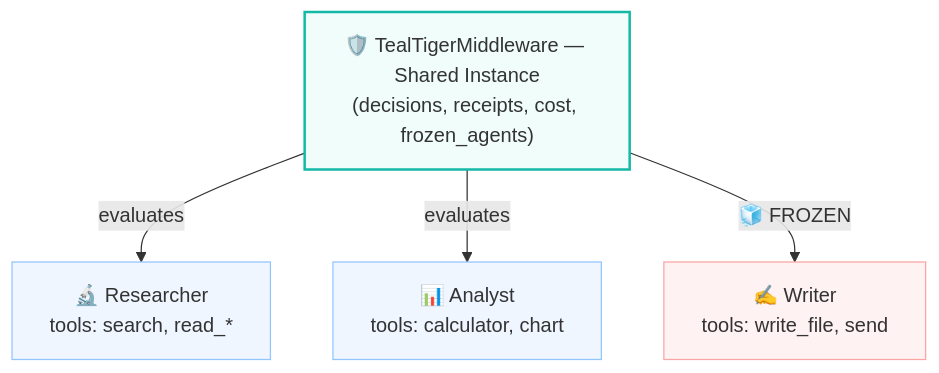
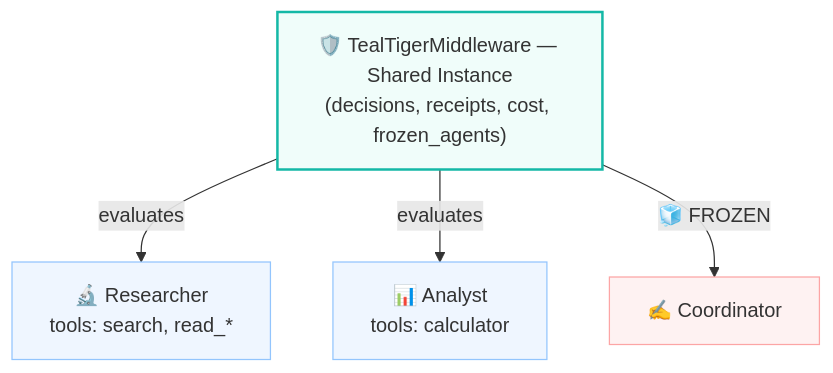
One commit to ag2ai/ag2 changed the second of 4 diagrams in website/docs/user-guide/extensions/tealtiger.mdx. Above: the diagram before and after it, drawn with Mermaid. The commit also changed other lines of this file and 1 other file, not shown here.

````diff
--- a/website/docs/user-guide/extensions/tealtiger.mdx
+++ b/website/docs/user-guide/extensions/tealtiger.mdx
@@ -284,12 +318,12 @@
 ```mermaid
 flowchart TB
-    GOV["🛡️ TealTigerMiddleware — Shared Instance\n(decisions, receipts, cost, frozen_agents)"]
-    GOV -->|evaluates| R["🔬 Researcher\ntools: search, read_*"]
-    GOV -->|evaluates| AN["📊 Analyst\ntools: calculator, chart"]
-    GOV -->|"🧊 FROZEN"| W["✍️ Writer\ntools: write_file, send"]
+    GOV["🛡️ TealTigerMiddleware — Shared Instance<br/>(decisions, receipts, cost, frozen_agents)"]
+    GOV -->|evaluates| R["🔬 Researcher<br/>tools: search, read_*"]
+    GOV -->|evaluates| AN["📊 Analyst<br/>tools: calculator"]
+    GOV -->|"🧊 FROZEN"| W["✍️ Coordinator"]
 
     style GOV fill:#f0fdfa,stroke:#14b8a6,stroke-width:2px
     style R fill:#eff6ff,stroke:#93c5fd
     style AN fill:#eff6ff,stroke:#93c5fd
     style W fill:#fef2f2,stroke:#fca5a5
 ```
````
